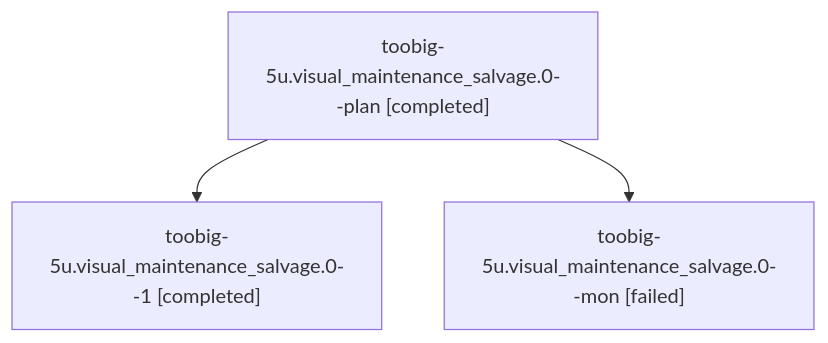
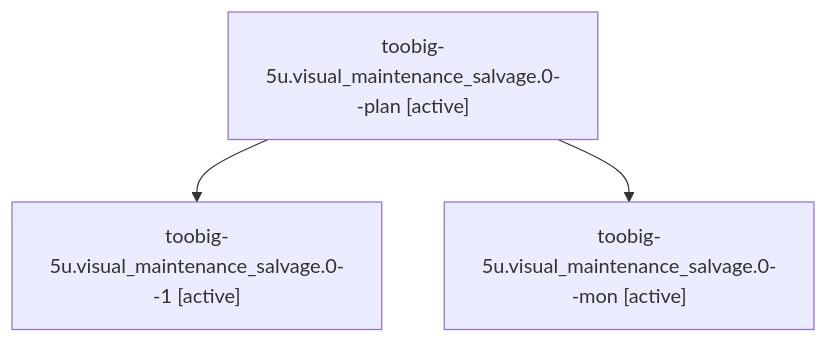
The diagram in families/bbugyi200.athena.toobig-5u.visual_maintenance_salvage.0.md (sase-org/sase--agents), drawn with Mermaid before and after one commit. The commit also changed other lines of this file and 35830 other files, not shown here.

````diff
--- a/families/bbugyi200.athena.toobig-5u.visual_maintenance_salvage.0.md
+++ b/families/bbugyi200.athena.toobig-5u.visual_maintenance_salvage.0.md
@@ -9,8 +9,8 @@
 ```mermaid
 flowchart TD
-  n0["toobig-5u.visual_maintenance_salvage.0--plan [completed]"]
-  n1["toobig-5u.visual_maintenance_salvage.0--1 [completed]"]
+  n0["toobig-5u.visual_maintenance_salvage.0--plan [active]"]
+  n1["toobig-5u.visual_maintenance_salvage.0--1 [active]"]
   n0 --> n1
-  n2["toobig-5u.visual_maintenance_salvage.0--mon [failed]"]
+  n2["toobig-5u.visual_maintenance_salvage.0--mon [active]"]
   n0 --> n2
 ```
````
